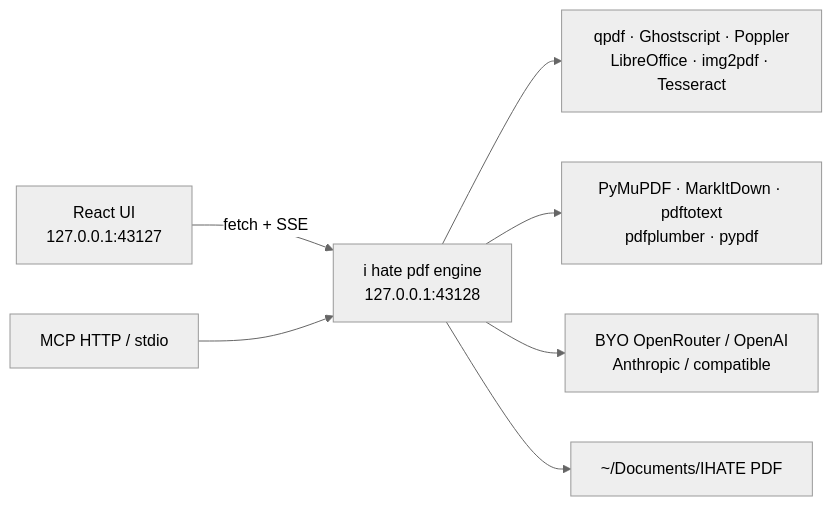
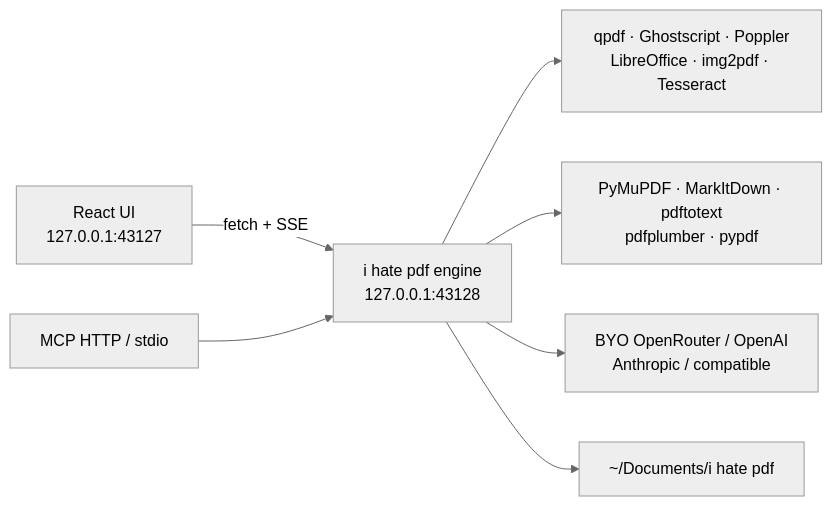
One commit to imodoiepale/ihate-pdf changed the diagram in README.md. Above: the diagram before and after it, drawn with Mermaid (neutral theme). The commit also changed other lines of this file and 1 other file, not shown here.

First line of the commit message:
Document i hate pdf README dated 21 September 2026.

````diff
--- a/README.md
+++ b/README.md
@@ -139,9 +128,9 @@
 ```mermaid
 flowchart LR
   UI["React UI<br/>127.0.0.1:43127"] -->|fetch + SSE| Engine["i hate pdf engine<br/>127.0.0.1:43128"]
   MCP["MCP HTTP / stdio"] --> Engine
   Engine --> CLI["qpdf · Ghostscript · Poppler<br/>LibreOffice · img2pdf · Tesseract"]
   Engine --> Parse["PyMuPDF · MarkItDown · pdftotext<br/>pdfplumber · pypdf"]
   Engine --> LLM["BYO OpenRouter / OpenAI<br/>Anthropic / compatible"]
-  Engine --> Disk["~/Documents/IHATE PDF"]
+  Engine --> Disk["~/Documents/i hate pdf"]
 ```
````
